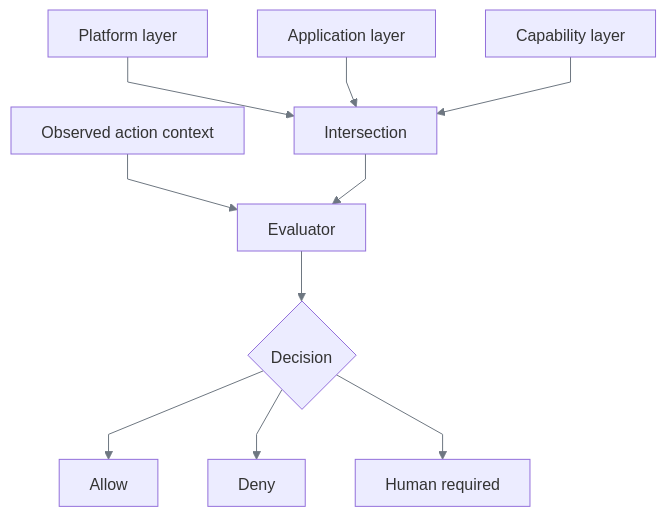
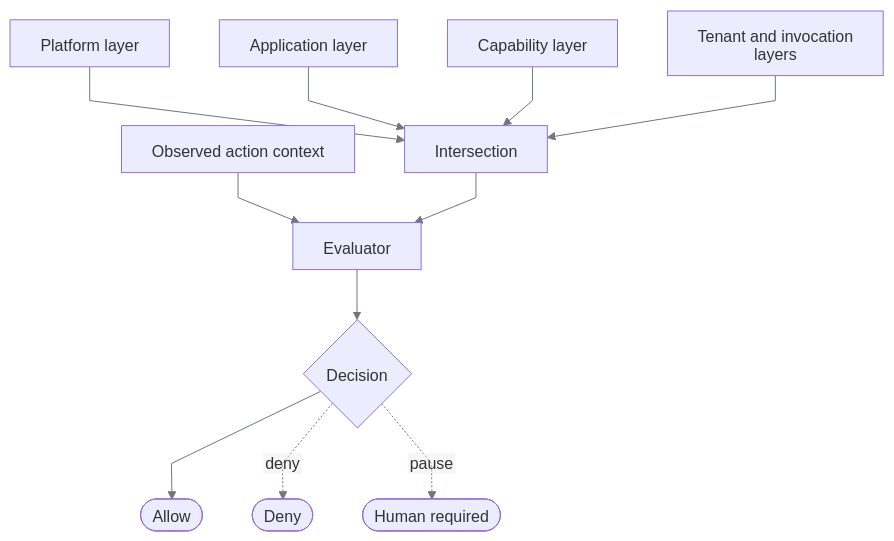
The fifth of 7 diagrams in docs/data-models.md (SivaTSS/replay-forge), drawn with Mermaid before and after one commit. The commit also changed other lines of this file and 15 other files, not shown here.

Commit message:
docs: unify reference structure and validate diagram consistency

````diff
--- a/docs/data-models.md
+++ b/docs/data-models.md
@@ -139,13 +142,14 @@
 ```mermaid
 %%{init: {"htmlLabels":false,"themeVariables":{"lineColor":"#6E7781","signalColor":"#6E7781"},"flowchart":{"curve":"linear"},"sequence":{"wrap":true}}}%%
 flowchart TB
     L1[Platform layer] --> I[Intersection]
     L2[Application layer] --> I
     L3[Capability layer] --> I
+    L4[Tenant and invocation layers] --> I
     C[Observed action context] --> E[Evaluator]
     I --> E
     E --> D{Decision}
-    D --> AL[Allow]
-    D --> DN[Deny]
-    D --> HU[Human required]
+    D --> AL([Allow])
+    D -. deny .-> DN([Deny])
+    D -. pause .-> HU([Human required])
 ```
````
